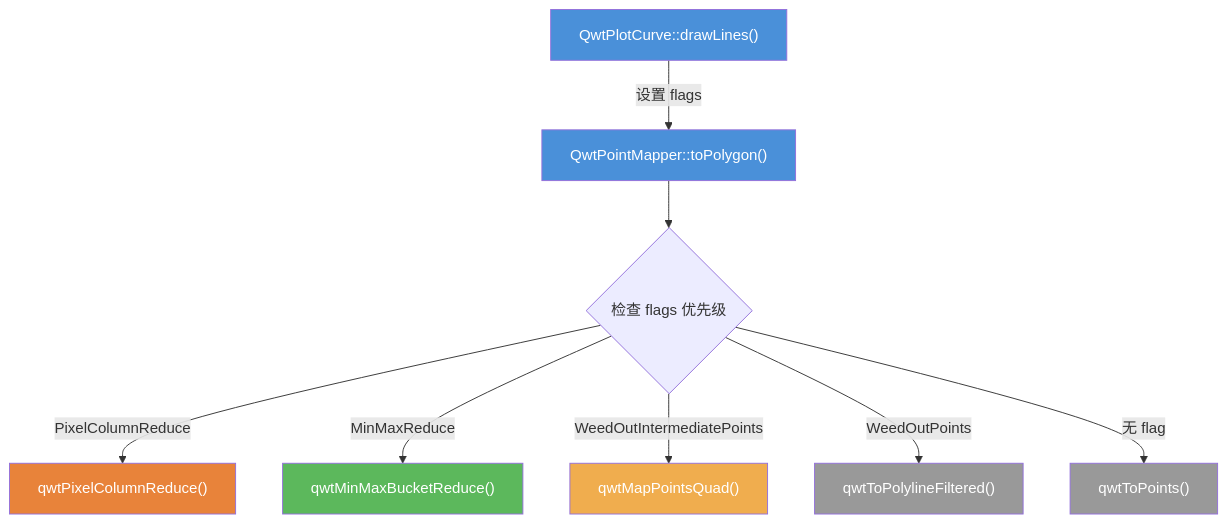
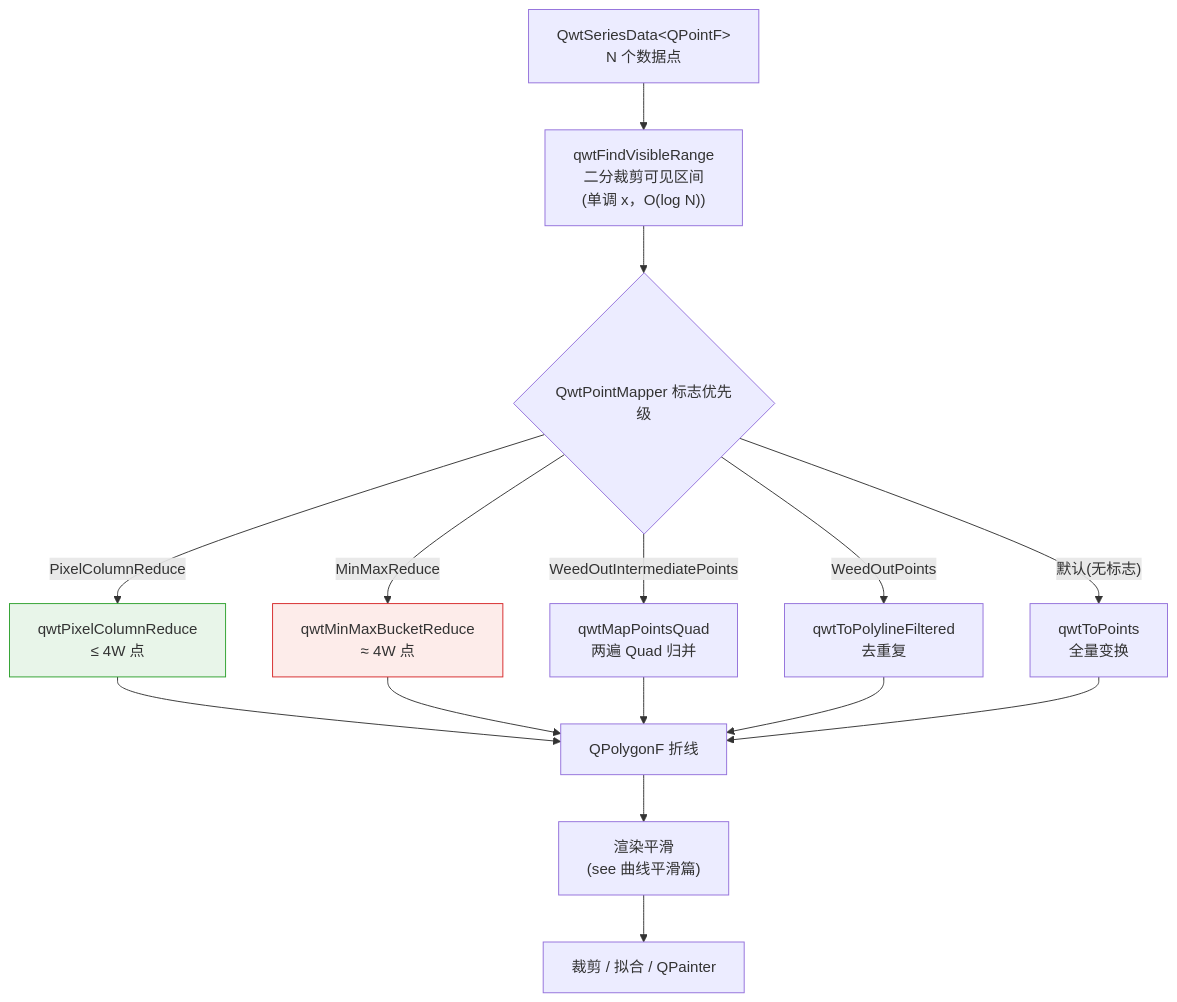
One commit to czyt1988/QWT changed the first of 3 diagrams in docs/zh/use-guide/curve-downsampling.md. Above: the diagram before and after it, drawn with Mermaid. The commit also changed other lines of this file and 20 other files, not shown here.

````diff
--- a/docs/zh/use-guide/curve-downsampling.md
+++ b/docs/zh/use-guide/curve-downsampling.md
@@ -11,18 +268,20 @@
 ```mermaid
-flowchart TD
-    A["QwtPlotCurve::drawLines()"] -->|设置 flags| B["QwtPointMapper::toPolygon()"]
-    B --> C{检查 flags 优先级}
-    C -->|PixelColumnReduce| D["qwtPixelColumnReduce()"]
-    C -->|MinMaxReduce| E["qwtMinMaxBucketReduce()"]
-    C -->|WeedOutIntermediatePoints| F["qwtMapPointsQuad()"]
-    C -->|WeedOutPoints| G["qwtToPolylineFiltered()"]
-    C -->|无 flag| H["qwtToPoints()"]
+flowchart TB
+    A["QwtSeriesData&lt;QPointF&gt;<br/>N 个数据点"] --> B["qwtFindVisibleRange<br/>二分裁剪可见区间<br/>(单调 x，O(log N))"]
+    B --> C{"QwtPointMapper 标志优先级"}
+    C -->|"PixelColumnReduce"| D["qwtPixelColumnReduce<br/>≤ 4W 点"]
+    C -->|"MinMaxReduce"| E["qwtMinMaxBucketReduce<br/>≈ 4W 点"]
+    C -->|"WeedOutIntermediatePoints"| F["qwtMapPointsQuad<br/>两遍 Quad 归并"]
+    C -->|"WeedOutPoints"| G["qwtToPolylineFiltered<br/>去重复"]
+    C -->|"默认(无标志)"| H["qwtToPoints<br/>全量变换"]
+    D --> I["QPolygonF 折线"]
+    E --> I
+    F --> I
+    G --> I
+    H --> I
+    I --> J["渲染平滑<br/>(see 曲线平滑篇)"]
+    J --> K["裁剪 / 拟合 / QPainter"]
 
-    style A fill:#4a90d9,color:#fff
-    style B fill:#4a90d9,color:#fff
-    style D fill:#e8833a,color:#fff
-    style E fill:#5cb85c,color:#fff
-    style F fill:#f0ad4e,color:#fff
-    style G fill:#999,color:#fff
-    style H fill:#999,color:#fff
+    style E fill:#fdecea,stroke:#d62728
+    style D fill:#e8f5e9,stroke:#2ca02c
 ```
````
